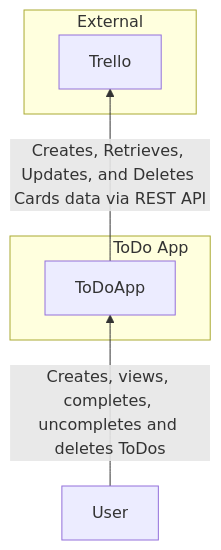
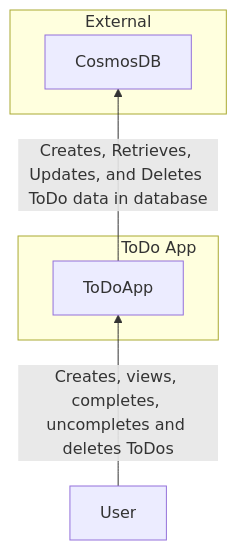
Before and after one commit to Travis-Softwire/DevOps-Course-Starter: the diagram in architecture/context.mmd, drawn with Mermaid. The commit also changed 32 other files, not shown here.

```diff
--- a/architecture/context.mmd
+++ b/architecture/context.mmd
@@ -1,9 +1,9 @@
 flowchart BT
     User -->|Creates, views, completes, uncompletes and deletes ToDos| ToDoApp
     subgraph App[&nbsp&nbsp&nbsp&nbsp&nbsp&nbsp&nbsp&nbsp&nbsp&nbsp&nbsp&nbsp&nbsp&nbsp&nbsp&nbspToDo App]
         ToDoApp
     end
     subgraph External
-        Trello
+        CosmosDB
     end
-    ToDoApp -->|Creates, Retrieves, Updates, and Deletes Cards data via REST API| Trello
+    ToDoApp -->|Creates, Retrieves, Updates, and Deletes ToDo data in database| CosmosDB
```
